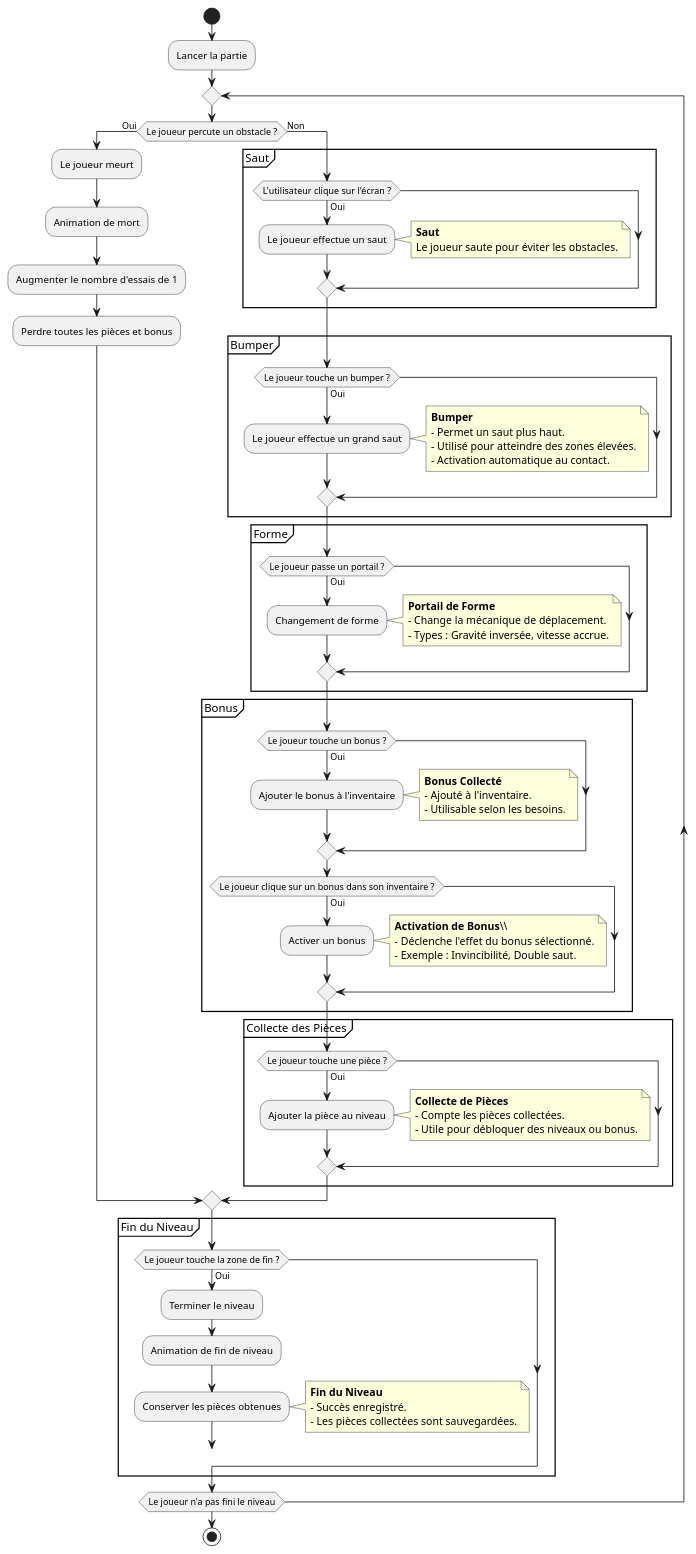
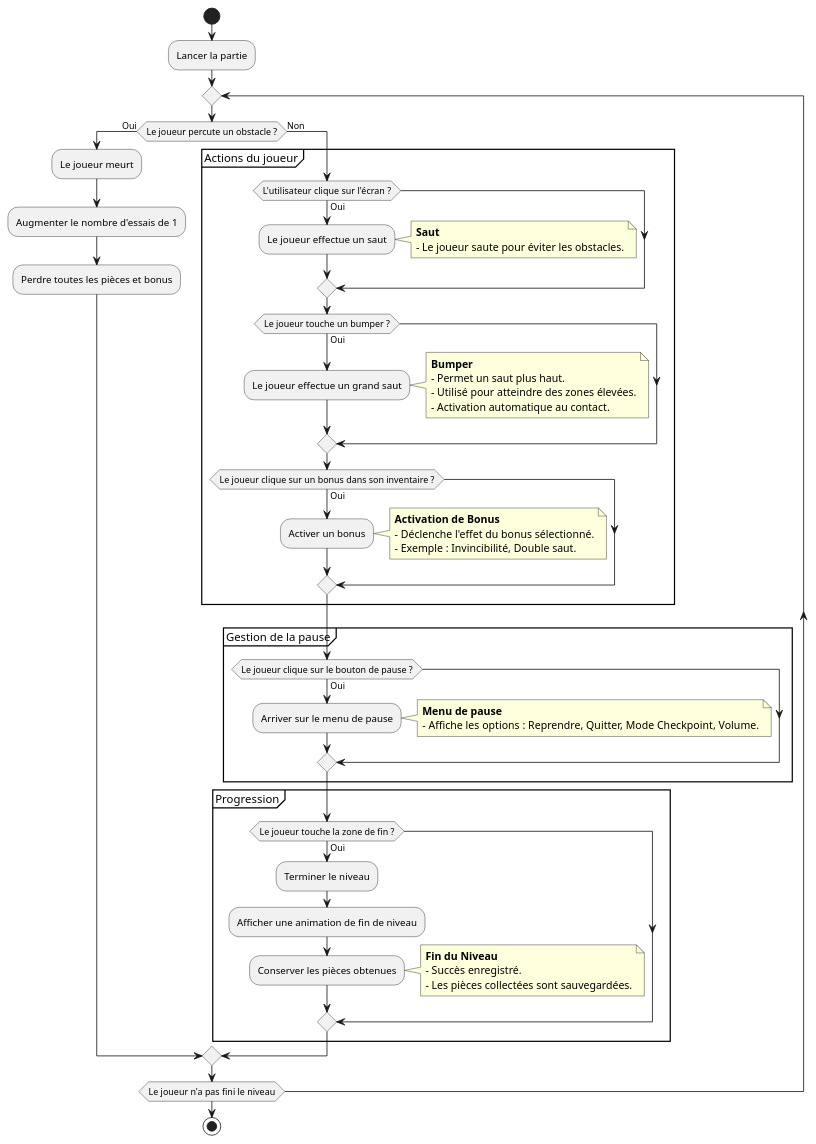
Before and after one commit to boudji-ludwig-pett/cnam-geometry-dash: the diagram in Documentation/UML/activity-diagram/activity-diagram.puml, drawn with PlantUML. The commit also changed 2 other files, not shown here.

Commit message:
docs(uml): add pause and reduce activity diagram (#16)

```diff
--- a/Documentation/UML/activity-diagram/activity-diagram.puml
+++ b/Documentation/UML/activity-diagram/activity-diagram.puml
@@ -1,97 +1,69 @@
 @startuml Geometry Dash - Diagramme d'activités
 
 start
 
 :Lancer la partie;
 
 repeat
     if (Le joueur percute un obstacle ?) then (Oui)
         :Le joueur meurt;
-        :Animation de mort;
         :Augmenter le nombre d'essais de 1;
         :Perdre toutes les pièces et bonus;
     else (Non)
-        partition "Saut" {
+        partition "Actions du joueur" {
             if (L'utilisateur clique sur l'écran ?) then (Oui)
                 :Le joueur effectue un saut;
                 note right
                 **Saut**
-                Le joueur saute pour éviter les obstacles.
+                - Le joueur saute pour éviter les obstacles.
                 end note
             endif
-        }
 
-        partition "Bumper" {
             if (Le joueur touche un bumper ?) then (Oui)
                 :Le joueur effectue un grand saut;
                 note right
                 **Bumper**
                 - Permet un saut plus haut.
                 - Utilisé pour atteindre des zones élevées.
                 - Activation automatique au contact.
                 end note
             endif
-        }
-
-        partition "Forme" {
-            if (Le joueur passe un portail ?) then (Oui)
-                :Changement de forme;
-                note right
-                **Portail de Forme**
-                - Change la mécanique de déplacement.
-                - Types : Gravité inversée, vitesse accrue.
-                end note
-            endif
-        }
-
-        partition "Bonus" {
-            if (Le joueur touche un bonus ?) then (Oui)
-                :Ajouter le bonus à l'inventaire;
-                note right
-                **Bonus Collecté**
-                - Ajouté à l'inventaire.
-                - Utilisable selon les besoins.
-                end note
-            endif
 
             if (Le joueur clique sur un bonus dans son inventaire ?) then (Oui)
                 :Activer un bonus;
                 note right
-                **Activation de Bonus**\\
+                **Activation de Bonus**
                 - Déclenche l'effet du bonus sélectionné.
                 - Exemple : Invincibilité, Double saut.
                 end note
             endif
         }
 
-        partition "Collecte des Pièces" {
-            if (Le joueur touche une pièce ?) then (Oui)
-                :Ajouter la pièce au niveau;
+        partition "Gestion de la pause" {
+            if (Le joueur clique sur le bouton de pause ?) then (Oui)
+                :Arriver sur le menu de pause;
                 note right
-                **Collecte de Pièces**
-                - Compte les pièces collectées.
-                - Utile pour débloquer des niveaux ou bonus.
+                **Menu de pause**
+                - Affiche les options : Reprendre, Quitter, Mode Checkpoint, Volume.
+                end note
+            endif
+        }
+
+        partition "Progression" {
+            if (Le joueur touche la zone de fin ?) then (Oui)
+                :Terminer le niveau;
+                :Afficher une animation de fin de niveau;
+                :Conserver les pièces obtenues;
+                note right
+                **Fin du Niveau**
+                - Succès enregistré.
+                - Les pièces collectées sont sauvegardées.
                 end note
             endif
         }
     endif
-
-    partition "Fin du Niveau" {
-        if (Le joueur touche la zone de fin ?) then (Oui)
-            :Terminer le niveau;
-            :Animation de fin de niveau;
-            :Conserver les pièces obtenues;
-            note right
-            **Fin du Niveau**
-            - Succès enregistré.
-            - Les pièces collectées sont sauvegardées.
-            end note
-            break
-        endif
-    }
-
 repeat while (Le joueur n'a pas fini le niveau)
 
 stop
 
 @enduml
```
